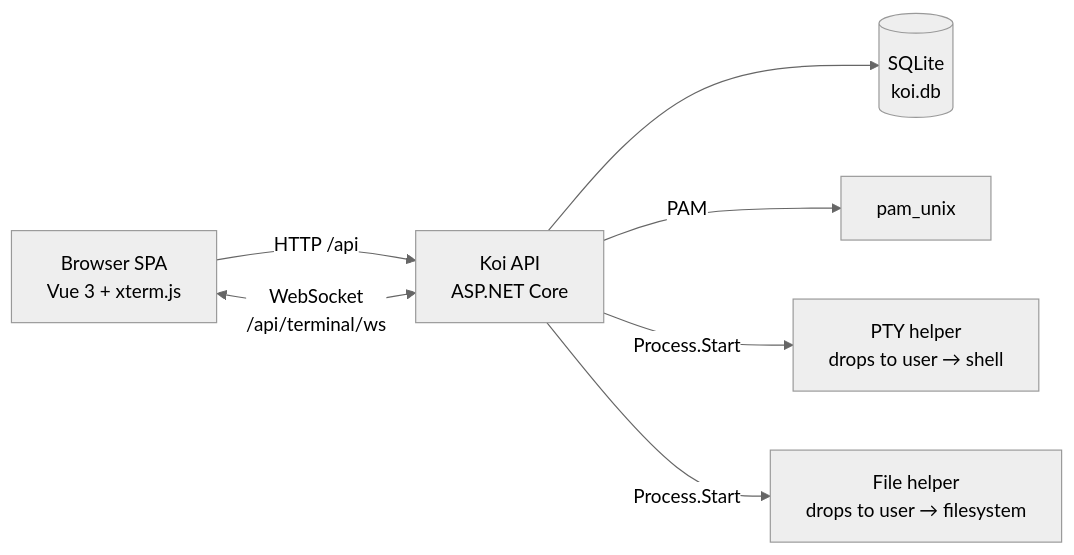
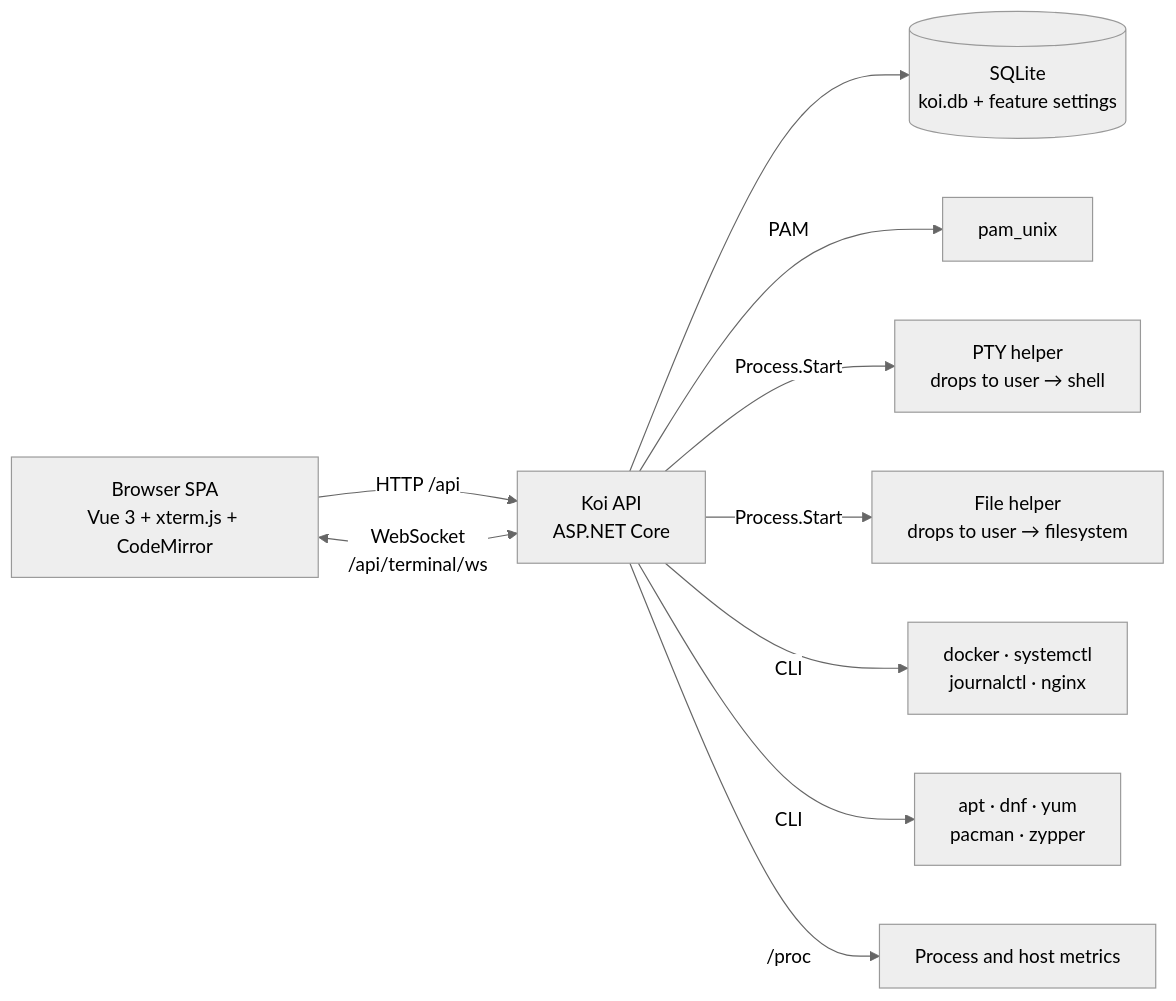
The diagram in README.md (delly-net/Koi), drawn with Mermaid (neutral theme) before and after one commit. The commit also changed other lines of this file and 1 other file, not shown here.

````diff
--- a/README.md
+++ b/README.md
@@ -56,9 +94,12 @@
 ```mermaid
 flowchart LR
-    B["Browser SPA<br/>Vue 3 + xterm.js"] -->|HTTP /api| A["Koi API<br/>ASP.NET Core"]
+    B["Browser SPA<br/>Vue 3 + xterm.js + CodeMirror"] -->|HTTP /api| A["Koi API<br/>ASP.NET Core"]
     B <-->|WebSocket<br/>/api/terminal/ws| A
-    A --> DB[("SQLite<br/>koi.db")]
+    A --> DB[("SQLite<br/>koi.db + feature settings")]
     A -->|PAM| P["pam_unix"]
     A -->|Process.Start| T["PTY helper<br/>drops to user → shell"]
     A -->|Process.Start| F["File helper<br/>drops to user → filesystem"]
+    A -->|CLI| C["docker · systemctl<br/>journalctl · nginx"]
+    A -->|CLI| PM["apt · dnf · yum<br/>pacman · zypper"]
+    A -->|/proc| S["Process and host metrics"]
 ```
````
